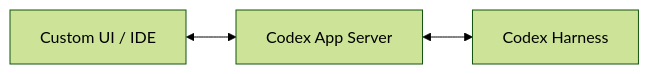
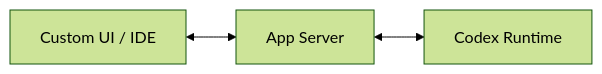
One commit to indigofeather/harness-book changed the eighth of 9 diagrams in docs/comparison/codex-vs-deepseek.md. Above: the diagram before and after it, drawn with Mermaid (forest theme). The commit also changed other lines of this file and 13 other files, not shown here.

Commit message:
docs: balance Codex and DeepSeek Harness coverage

````diff
--- a/docs/comparison/codex-vs-deepseek.md
+++ b/docs/comparison/codex-vs-deepseek.md
@@ -326,5 +360,5 @@
 ```mermaid
 flowchart LR
-  UI[Custom UI / IDE] <--> AS[Codex App Server]
-  AS <--> CORE[Codex Harness]
+  UI[Custom UI / IDE] <--> AS[App Server]
+  AS <--> CORE[Codex Runtime]
 ```
````
